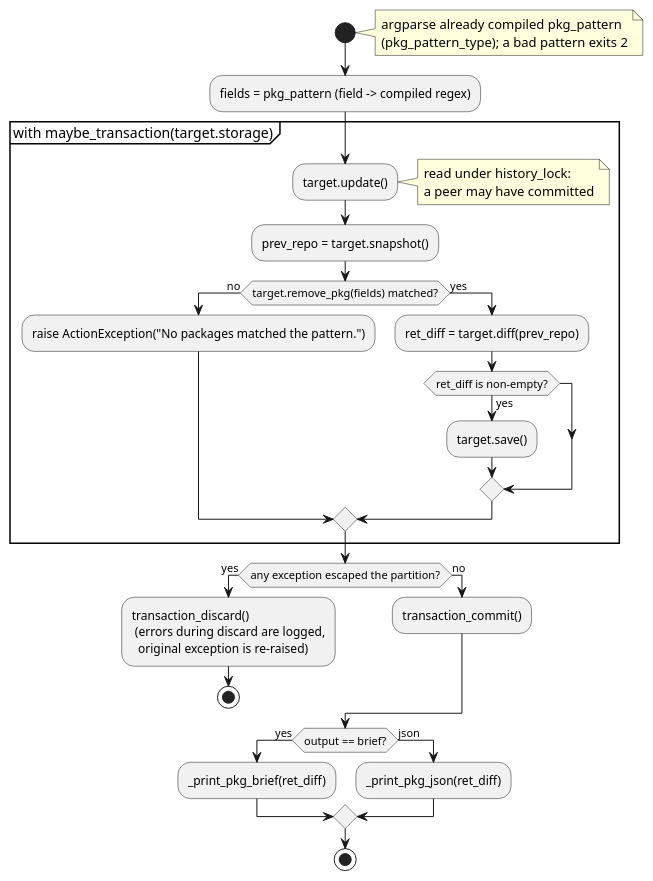
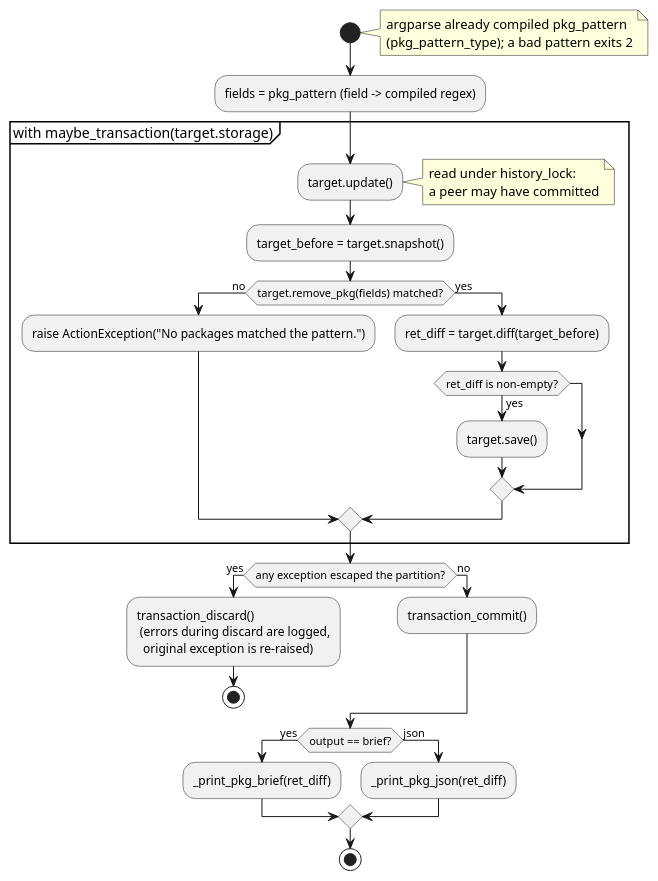
One commit to vinklat/debkit changed the diagram in docs/development/diagrams/action-pkg-remove-activity.puml. Above: the diagram before and after it, drawn with PlantUML. The commit also changed 8 other files, not shown here.

First line of the commit message:
Name the insert and remove pre-command snapshot target_before

```diff
--- a/docs/development/diagrams/action-pkg-remove-activity.puml
+++ b/docs/development/diagrams/action-pkg-remove-activity.puml
@@ -1,39 +1,39 @@
 @startuml
 start
 note right
   argparse already compiled pkg_pattern
   (pkg_pattern_type); a bad pattern exits 2
 end note
 
 :fields = pkg_pattern (field -> compiled regex);
 
 partition "with maybe_transaction(target.storage)" {
   :target.update();
   note right: read under history_lock:\na peer may have committed
-  :prev_repo = target.snapshot();
+  :target_before = target.snapshot();
   if (target.remove_pkg(fields) matched?) then (no)
     :raise ActionException("No packages matched the pattern.");
   else (yes)
-    :ret_diff = target.diff(prev_repo);
+    :ret_diff = target.diff(target_before);
     if (ret_diff is non-empty?) then (yes)
       :target.save();
     endif
   endif
 }
 
 if (any exception escaped the partition?) then (yes)
   :transaction_discard()
    (errors during discard are logged,
     original exception is re-raised);
   stop
 else (no)
   :transaction_commit();
 endif
 
 if (output == brief?) then (yes)
   :_print_pkg_brief(ret_diff);
 else (json)
   :_print_pkg_json(ret_diff);
 endif
 stop
 @enduml
```
